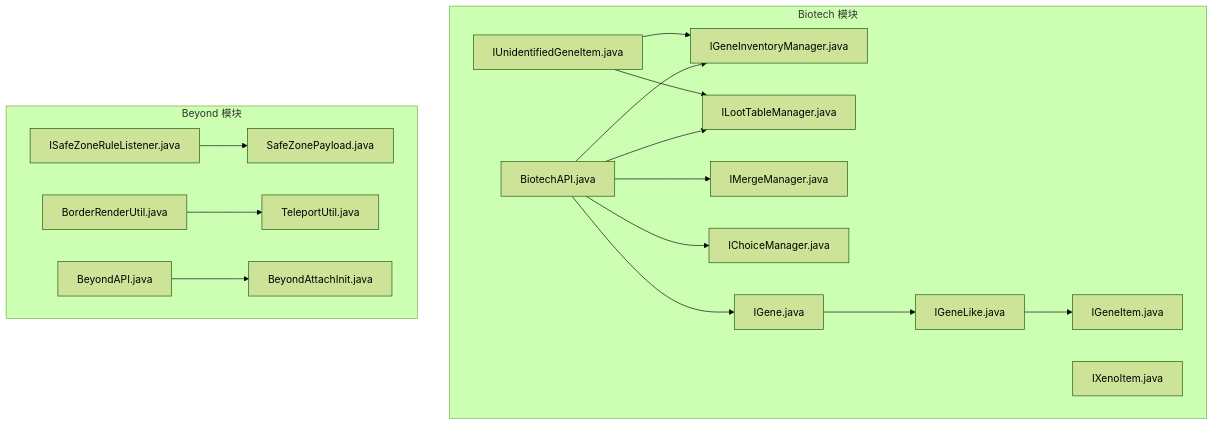
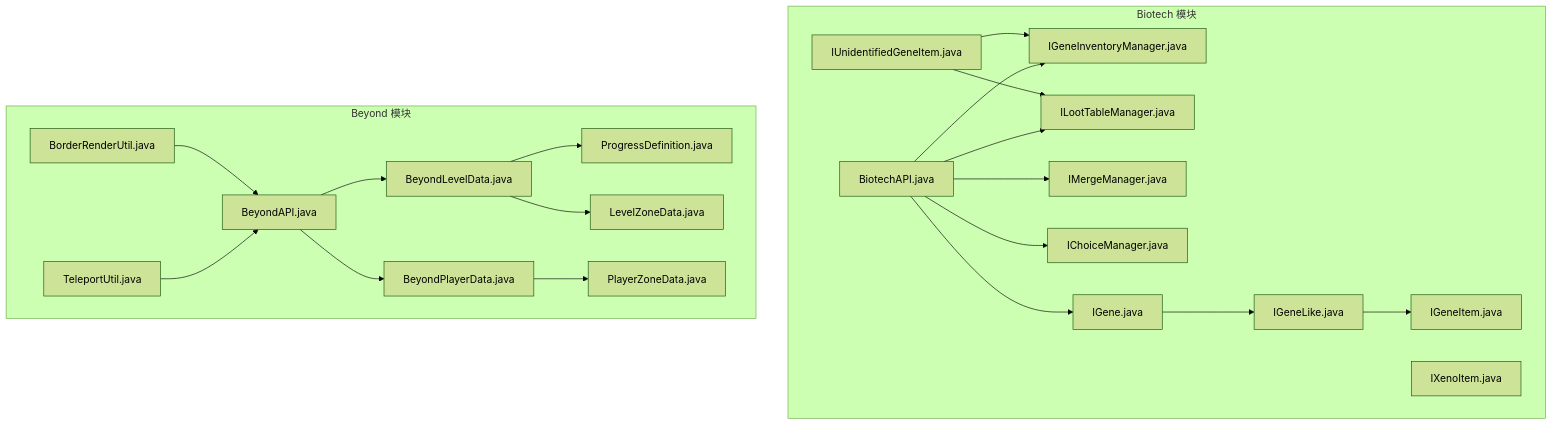
Before and after one commit to Ver-shift/SubModulesGeneHunter: the first of 2 diagrams in .qoder/repowiki/zh/content/API参考文档/API参考文档.md, drawn with Mermaid (forest theme). The commit also changed other lines of this file and 61 other files, not shown here.

````diff
--- a/.qoder/repowiki/zh/content/API参考文档/API参考文档.md
+++ b/.qoder/repowiki/zh/content/API参考文档/API参考文档.md
@@ -59,35 +52,41 @@
 ```mermaid
 graph TB
 subgraph "Biotech 模块"
 BA["BiotechAPI.java"]
 GENECORE["IGene.java"]
 GENELIKE["IGeneLike.java"]
 GENELIKEITEM["IGeneItem.java"]
 UNIDENTGENE["IUnidentifiedGeneItem.java"]
 XENEOBJ["IXenoItem.java"]
 CHOICE["IChoiceManager.java"]
 INV["IGeneInventoryManager.java"]
 LOOT["ILootTableManager.java"]
 MERGE["IMergeManager.java"]
 end
 subgraph "Beyond 模块"
-SZLIST["ISafeZoneRuleListener.java"]
-SZPAY["SafeZonePayload.java"]
+BASimplified["BeyondAPI.java"]
+BGLD["BeyondLevelData.java"]
+BGPD["BeyondPlayerData.java"]
+PROGDEF["ProgressDefinition.java"]
+LZD["LevelZoneData.java"]
+PZD["PlayerZoneData.java"]
 BORDERUTIL["BorderRenderUtil.java"]
 TPUTIL["TeleportUtil.java"]
-BEYOND["BeyondAPI.java"]
-BEYONDATTACH["BeyondAttachInit.java"]
 end
 BA --> INV
 BA --> LOOT
 BA --> MERGE
 BA --> CHOICE
 BA --> GENECORE
 GENECORE --> GENELIKE
 GENELIKE --> GENELIKEITEM
 UNIDENTGENE --> LOOT
 UNIDENTGENE --> INV
-SZLIST --> SZPAY
-BORDERUTIL --> TPUTIL
-BEYOND --> BEYONDATTACH
+BASimplified --> BGLD
+BASimplified --> BGPD
+BGLD --> PROGDEF
+BGLD --> LZD
+BGPD --> PZD
+BORDERUTIL --> BASimplified
+TPUTIL --> BASimplified
 ```
````
